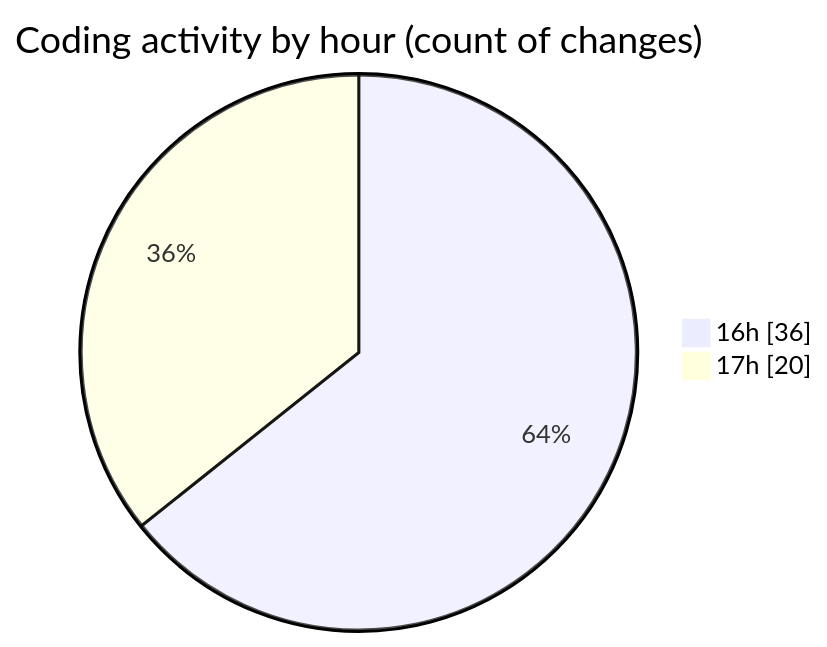
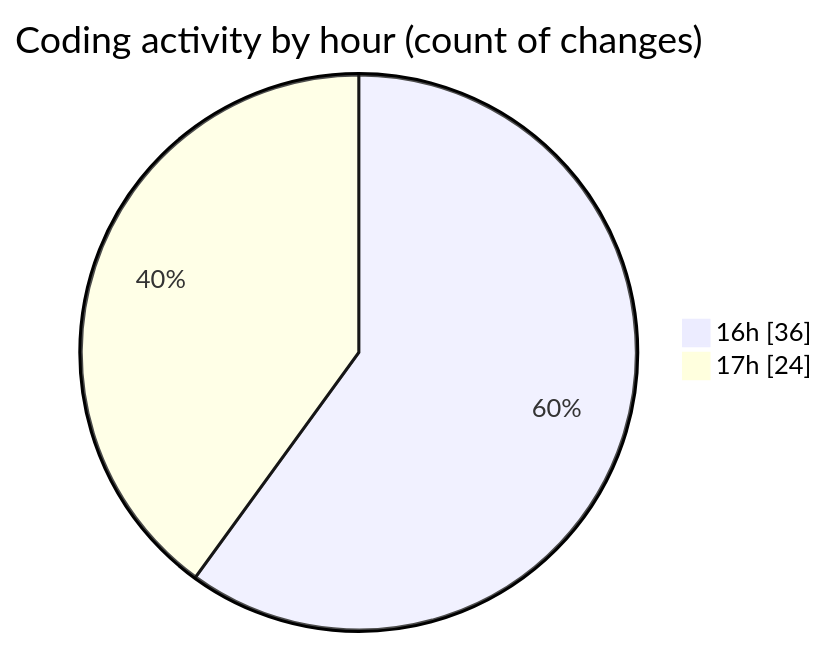
Before and after one commit to robertbonfada/code-tracking: the second of 2 diagrams in 2025-03-11/mbc-web/README.md, drawn with Mermaid. The commit also changed other lines of this file and 1 other file, not shown here.

````diff
--- a/2025-03-11/mbc-web/README.md
+++ b/2025-03-11/mbc-web/README.md
@@ -40,6 +40,6 @@
 ```mermaid
 pie showData
 title Coding activity by hour (count of changes)
 "16h" : 36
-"17h" : 20
+"17h" : 24
 ```
````
